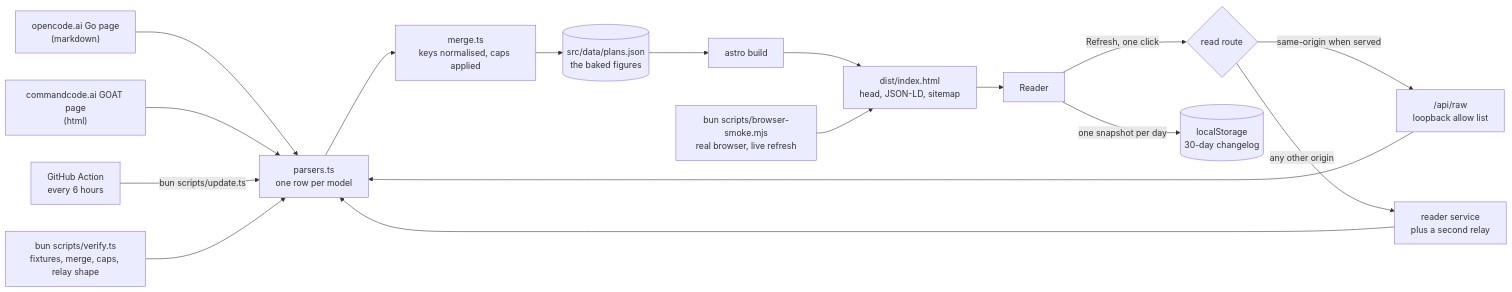
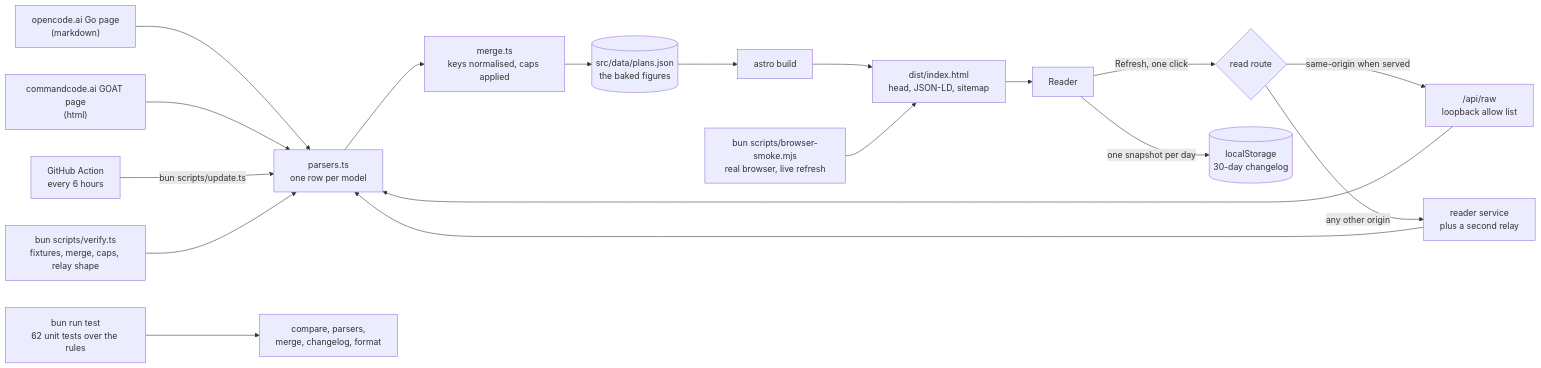
One commit to KurutoDenzeru/Kodeverse changed the diagram in README.md. Above: the diagram before and after it, drawn with Mermaid. The commit also changed other lines of this file and 10 other files, not shown here.

First line of the commit message:
test: vitest unit gate over the comparison rules

````diff
--- a/README.md
+++ b/README.md
@@ -54,19 +54,20 @@
 ```mermaid
 flowchart LR
   OC["opencode.ai Go page<br/>(markdown)"] --> PARSE["parsers.ts<br/>one row per model"]
   CC["commandcode.ai GOAT page<br/>(html)"] --> PARSE
   CRON["GitHub Action<br/>every 6 hours"] -->|"bun scripts/update.ts"| PARSE
   PARSE --> MERGE["merge.ts<br/>keys normalised, caps applied"]
   MERGE --> JSON[("src/data/plans.json<br/>the baked figures")]
   JSON --> BUILD["astro build"]
   BUILD --> PAGE["dist/index.html<br/>head, JSON-LD, sitemap"]
   PAGE --> READER["Reader"]
   READER -->|"Refresh, one click"| ROUTE{"read route"}
   ROUTE -->|"same-origin when served"| PROXY["/api/raw<br/>loopback allow list"]
   ROUTE -->|"any other origin"| RELAY["reader service<br/>plus a second relay"]
   PROXY --> PARSE
   RELAY --> PARSE
   READER -->|"one snapshot per day"| LOG[("localStorage<br/>30-day changelog")]
   GATE["bun scripts/verify.ts<br/>fixtures, merge, caps, relay shape"] --> PARSE
   SMOKE["bun scripts/browser-smoke.mjs<br/>real browser, live refresh"] --> PAGE
+  UNIT["bun run test<br/>62 unit tests over the rules"] --> RULES["compare, parsers,<br/>merge, changelog, format"]
 ```
````
